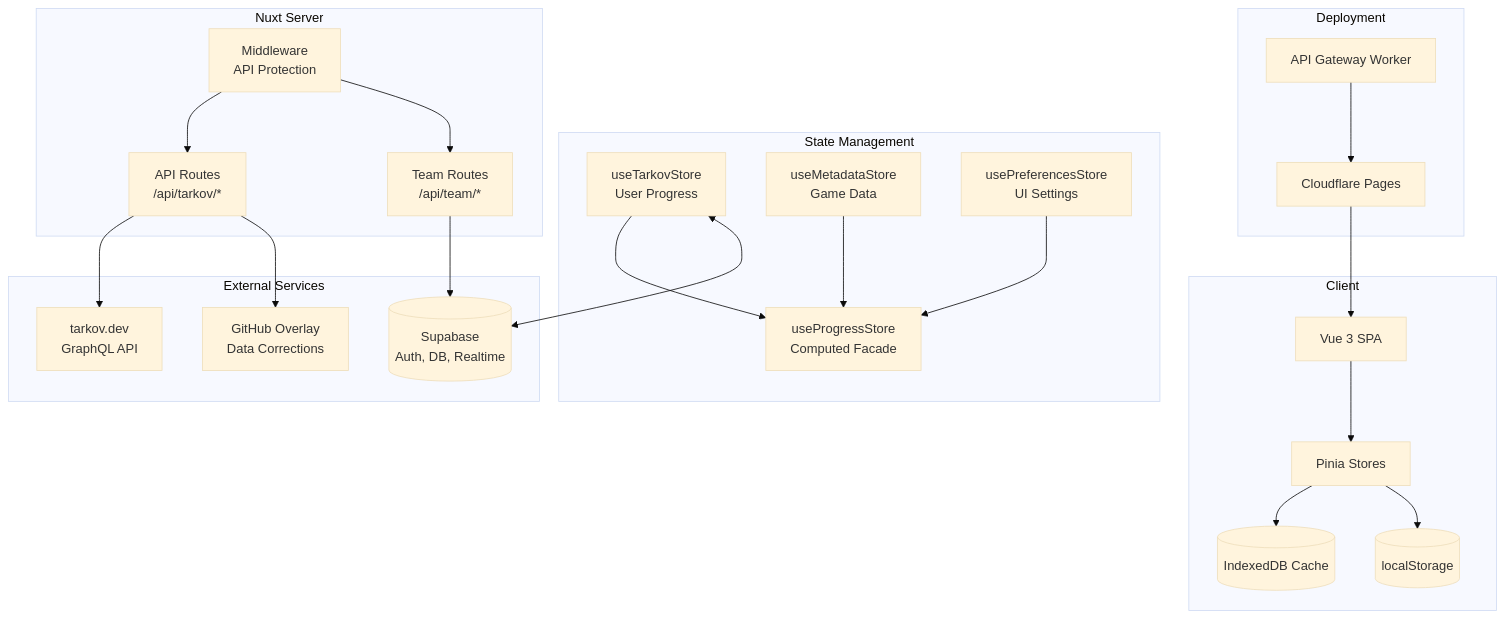
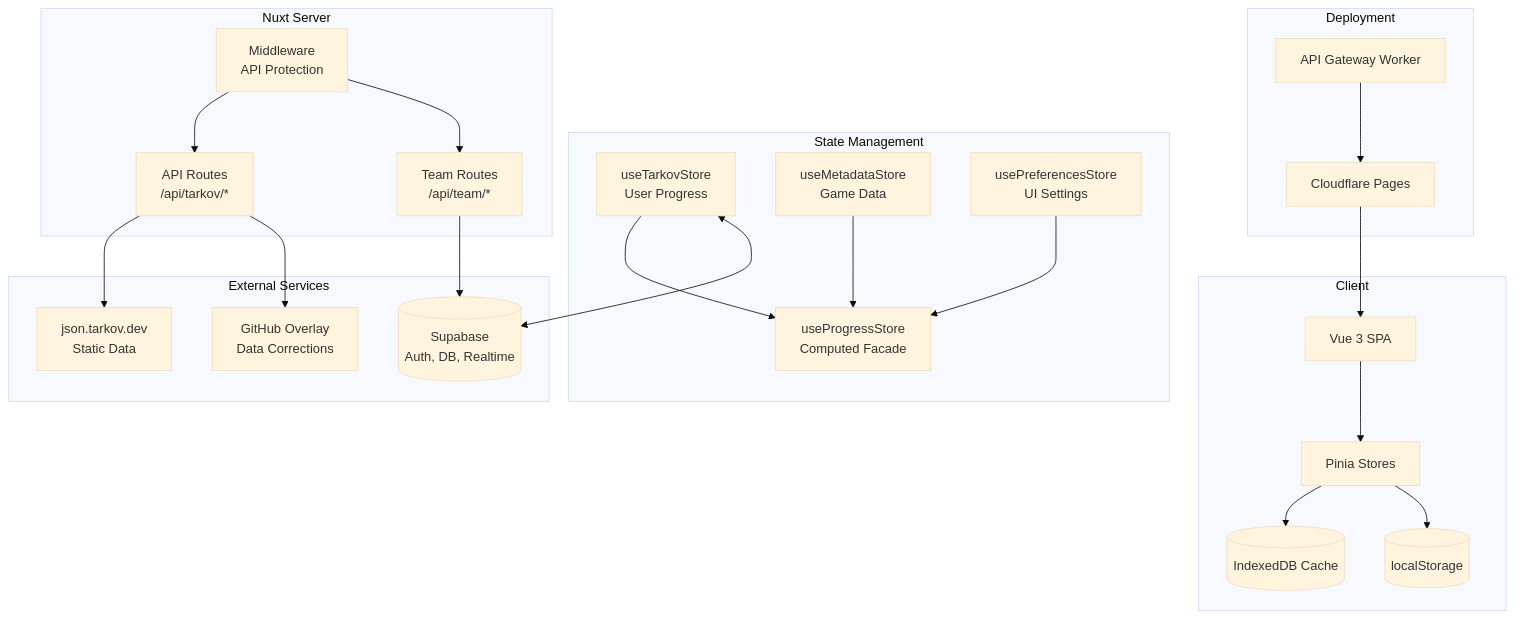
One commit to Mossworm/TarkovTracker changed the first of 4 diagrams in docs/ARCHITECTURE.md. Above: the diagram before and after it, drawn with Mermaid (base theme). The commit also changed other lines of this file and 25 other files, not shown here.

Commit message:
feat(api): migrate tarkov static data to json

````diff
--- a/docs/ARCHITECTURE.md
+++ b/docs/ARCHITECTURE.md
@@ -64,52 +64,52 @@
 ```mermaid
 graph TB
     subgraph "Client"
         UI[Vue 3 SPA]
         Stores[Pinia Stores]
         IDB[(IndexedDB Cache)]
         LS[(localStorage)]
     end
 
     subgraph "State Management"
         TarkovStore[useTarkovStore<br/>User Progress]
         MetadataStore[useMetadataStore<br/>Game Data]
         PreferencesStore[usePreferencesStore<br/>UI Settings]
         ProgressStore[useProgressStore<br/>Computed Facade]
     end
 
     subgraph "Nuxt Server"
         API[API Routes<br/>/api/tarkov/*]
         TeamAPI[Team Routes<br/>/api/team/*]
         MW[Middleware<br/>API Protection]
     end
 
     subgraph "External Services"
         Supabase[(Supabase<br/>Auth, DB, Realtime)]
-        TarkovDev[tarkov.dev<br/>GraphQL API]
+        TarkovDev[json.tarkov.dev<br/>Static Data]
         Overlay[GitHub Overlay<br/>Data Corrections]
     end
 
     subgraph "Deployment"
         CF[Cloudflare Pages]
         Gateway[API Gateway Worker]
     end
 
     UI --> Stores
     Stores --> IDB
     Stores --> LS
 
     TarkovStore --> ProgressStore
     MetadataStore --> ProgressStore
     PreferencesStore --> ProgressStore
 
     TarkovStore <--> Supabase
     API --> TarkovDev
     API --> Overlay
     TeamAPI --> Supabase
 
     MW --> API
     MW --> TeamAPI
 
     CF --> UI
     Gateway --> CF
 ```
````
